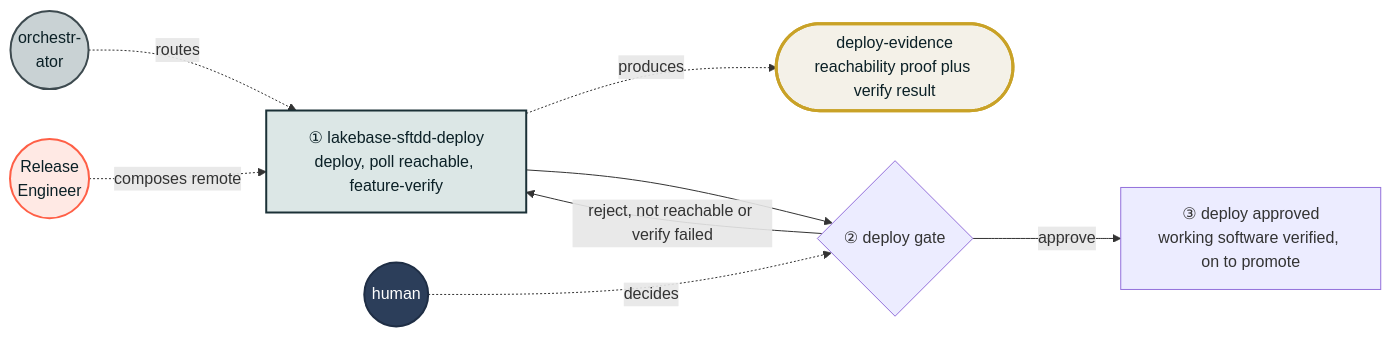
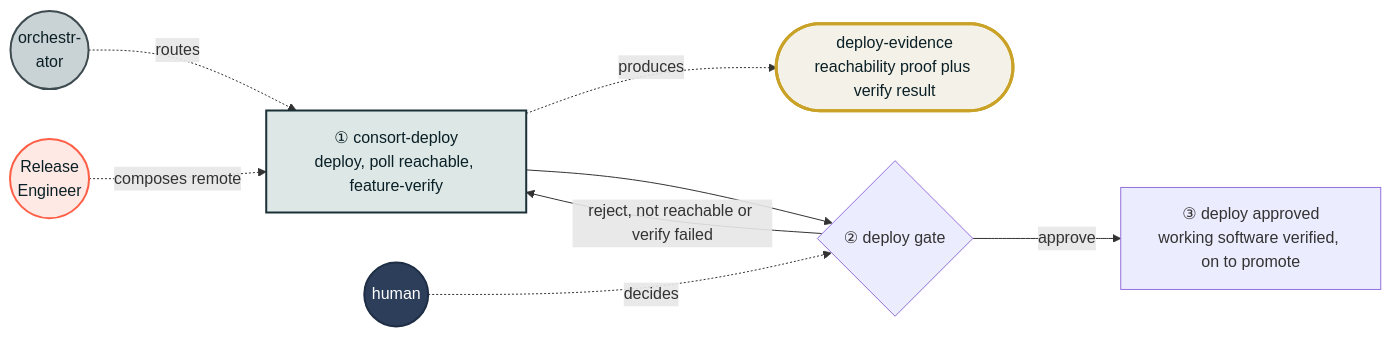
One commit to antonyprasad-db/lakebase-app-dev-kit changed the eighth of 10 diagrams in skills/consort/references/workflow-state-machine.md. Above: the diagram before and after it, drawn with Mermaid. The commit also changed other lines of this file and 259 other files, not shown here.

First line of the commit message:
refactor(bin): add consort-* canonical bin names (keep lakebase-sftdd/tdd aliases)

````diff
--- a/skills/consort/references/workflow-state-machine.md
+++ b/skills/consort/references/workflow-state-machine.md
@@ -292,24 +292,24 @@
 ```mermaid
 flowchart LR
     ORCH(("orchestr-<br/>ator")) -. routes .-> deploy
     RE(("Release<br/>Engineer")) -. composes remote .-> deploy
-    deploy["① lakebase-sftdd-deploy<br/>deploy, poll reachable, feature-verify"] -. produces .-> evidence(["deploy-evidence<br/>reachability proof plus verify result"])
+    deploy["① consort-deploy<br/>deploy, poll reachable, feature-verify"] -. produces .-> evidence(["deploy-evidence<br/>reachability proof plus verify result"])
     deploy --> DeployGate
     HU(("human")) -. decides .-> DeployGate
     DeployGate{② deploy gate}
     DeployGate -->|reject, not reachable or verify failed| deploy
     DeployGate -->|approve| approved
     approved["③ deploy approved<br/>working software verified, on to promote"]
 
     classDef orch fill:#C9D2D4,stroke:#3D4A4F,stroke-width:2px,color:#0B2026;
     classDef role fill:#FFE9E4,stroke:#FF5F46,stroke-width:2px,color:#0B2026;
     classDef determ fill:#DCE7E6,stroke:#1B3137,stroke-width:2px,color:#0B2026;
     classDef human fill:#2C3E5A,stroke:#1F2E45,stroke-width:2px,color:#FFFFFF;
     classDef artifact fill:#F4F1E8,stroke:#B9A88F,stroke-width:1px,color:#0B2026;
     classDef frozen fill:#F4F1E8,stroke:#C9A227,stroke-width:3px,color:#0B2026;
     class ORCH orch;
     class RE role;
     class deploy determ;
     class HU human;
     class evidence frozen;
 ```
````
